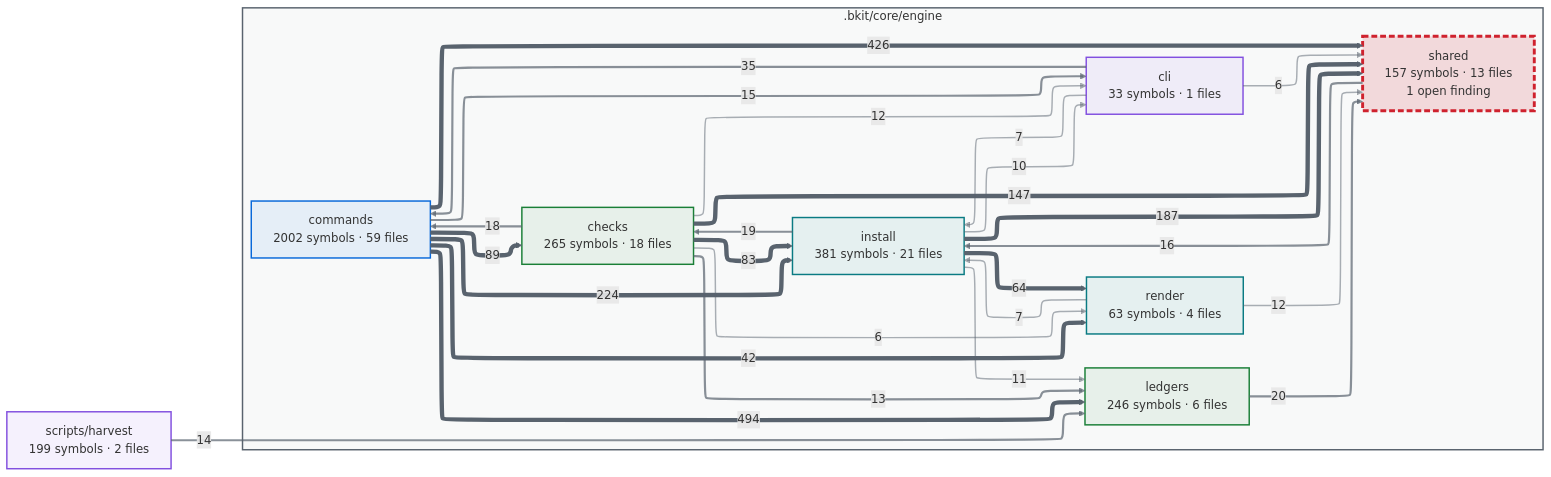
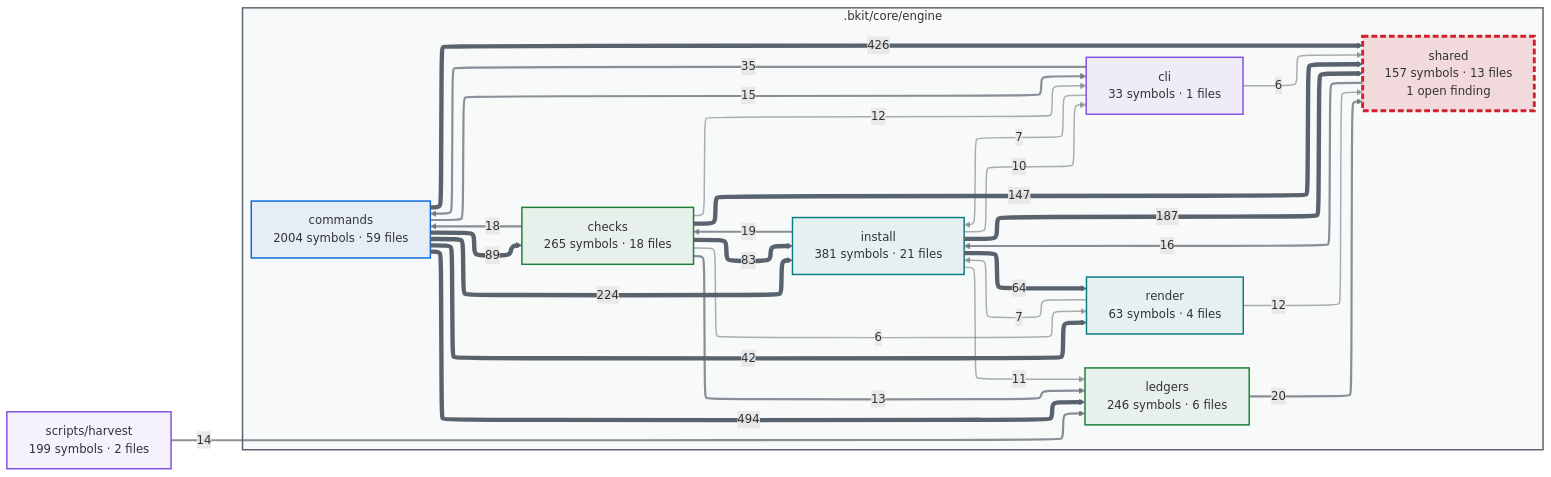
One commit to cbartens/bkit changed the first of 2 diagrams in docs/capabilities.md. Above: the diagram before and after it, drawn with Mermaid. The commit also changed other lines of this file and 8 other files, not shown here.

````diff
--- a/docs/capabilities.md
+++ b/docs/capabilities.md
@@ -116,80 +116,80 @@
 ```mermaid
 ---
 config:
   layout: elk
   themeCSS: "marker { overflow: visible; } marker path { transform: scale(1.8); transform-origin: 5px 5px; }"
   flowchart:
     useMaxWidth: false
 ---
 flowchart LR
   %% Generated by bkit-graphify-rollup.py — do not edit
   subgraph gn_bkit_core_engine[".bkit/core/engine"]
     n_bkit_core_engine_checks["checks<br/>265 symbols · 18 files"]
     n_bkit_core_engine_cli["cli<br/>33 symbols · 1 files"]
-    n_bkit_core_engine_commands["commands<br/>2002 symbols · 59 files"]
+    n_bkit_core_engine_commands["commands<br/>2004 symbols · 59 files"]
     n_bkit_core_engine_install["install<br/>381 symbols · 21 files"]
     n_bkit_core_engine_ledgers["ledgers<br/>246 symbols · 6 files"]
     n_bkit_core_engine_render["render<br/>63 symbols · 4 files"]
     n_bkit_core_engine_shared["shared<br/>157 symbols · 13 files<br/>1 open finding"]
   end
   nscripts_harvest["scripts/harvest<br/>199 symbols · 2 files"]
   n_bkit_core_engine_commands -->|494| n_bkit_core_engine_ledgers
   n_bkit_core_engine_commands -->|426| n_bkit_core_engine_shared
   n_bkit_core_engine_commands -->|224| n_bkit_core_engine_install
   n_bkit_core_engine_install -->|187| n_bkit_core_engine_shared
   n_bkit_core_engine_checks -->|147| n_bkit_core_engine_shared
   n_bkit_core_engine_commands -->|89| n_bkit_core_engine_checks
   n_bkit_core_engine_checks -->|83| n_bkit_core_engine_install
   n_bkit_core_engine_install -->|64| n_bkit_core_engine_render
   n_bkit_core_engine_commands -->|42| n_bkit_core_engine_render
   n_bkit_core_engine_cli -->|35| n_bkit_core_engine_commands
   n_bkit_core_engine_ledgers -->|20| n_bkit_core_engine_shared
   n_bkit_core_engine_install -->|19| n_bkit_core_engine_checks
   n_bkit_core_engine_checks -->|18| n_bkit_core_engine_commands
   n_bkit_core_engine_shared -->|16| n_bkit_core_engine_install
   n_bkit_core_engine_commands -->|15| n_bkit_core_engine_cli
   nscripts_harvest -->|14| n_bkit_core_engine_ledgers
   n_bkit_core_engine_checks -->|13| n_bkit_core_engine_ledgers
   n_bkit_core_engine_checks -->|12| n_bkit_core_engine_cli
   n_bkit_core_engine_render -->|12| n_bkit_core_engine_shared
   n_bkit_core_engine_install -->|11| n_bkit_core_engine_ledgers
   n_bkit_core_engine_install -->|10| n_bkit_core_engine_cli
   n_bkit_core_engine_cli -->|7| n_bkit_core_engine_install
   n_bkit_core_engine_render -->|7| n_bkit_core_engine_install
   n_bkit_core_engine_checks -->|6| n_bkit_core_engine_render
   n_bkit_core_engine_cli -->|6| n_bkit_core_engine_shared
   style gn_bkit_core_engine fill:#59636e0a,stroke:#59636e,stroke-width:2px
   style n_bkit_core_engine_checks stroke:#1a7f37,stroke-width:2px,fill:#1a7f3714
   style n_bkit_core_engine_cli stroke:#8250df,stroke-width:2px,fill:#8250df14
   style n_bkit_core_engine_commands stroke:#0969da,stroke-width:2px,fill:#0969da14
   style n_bkit_core_engine_install stroke:#0a7b83,stroke-width:2px,fill:#0a7b8314
   style n_bkit_core_engine_ledgers stroke:#1a7f37,stroke-width:2px,fill:#1a7f3714
   style n_bkit_core_engine_render stroke:#0a7b83,stroke-width:2px,fill:#0a7b8314
   style n_bkit_core_engine_shared stroke:#cf222e,stroke-width:4px,stroke-dasharray:8 4,fill:#cf222e26
   style nscripts_harvest stroke:#8250df,stroke-width:2px,fill:#8250df14
   linkStyle 0 stroke:#59636e,stroke-width:6px
   linkStyle 1 stroke:#59636e,stroke-width:6px
   linkStyle 2 stroke:#59636e,stroke-width:6px
   linkStyle 3 stroke:#59636e,stroke-width:6px
   linkStyle 4 stroke:#59636e,stroke-width:6px
   linkStyle 5 stroke:#59636e,stroke-width:6px
   linkStyle 6 stroke:#59636e,stroke-width:6px
   linkStyle 7 stroke:#59636e,stroke-width:6px
   linkStyle 8 stroke:#59636e,stroke-width:6px
   linkStyle 9 stroke:#59636eb3,stroke-width:3px
   linkStyle 10 stroke:#59636eb3,stroke-width:3px
   linkStyle 11 stroke:#59636eb3,stroke-width:3px
   linkStyle 12 stroke:#59636eb3,stroke-width:3px
   linkStyle 13 stroke:#59636eb3,stroke-width:3px
   linkStyle 14 stroke:#59636eb3,stroke-width:3px
   linkStyle 15 stroke:#59636eb3,stroke-width:3px
   linkStyle 16 stroke:#59636eb3,stroke-width:3px
   linkStyle 17 stroke:#59636e80,stroke-width:2px
   linkStyle 18 stroke:#59636e80,stroke-width:2px
   linkStyle 19 stroke:#59636e80,stroke-width:2px
   linkStyle 20 stroke:#59636e80,stroke-width:2px
   linkStyle 21 stroke:#59636e80,stroke-width:2px
   linkStyle 22 stroke:#59636e80,stroke-width:2px
   linkStyle 23 stroke:#59636e80,stroke-width:2px
   linkStyle 24 stroke:#59636e80,stroke-width:2px
 ```
````
